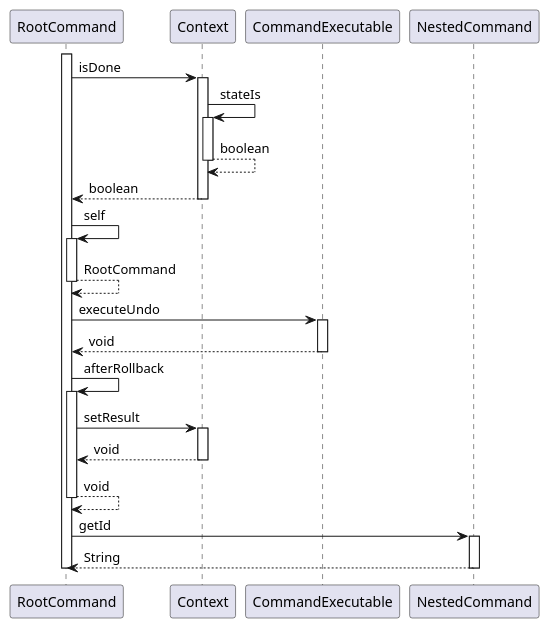
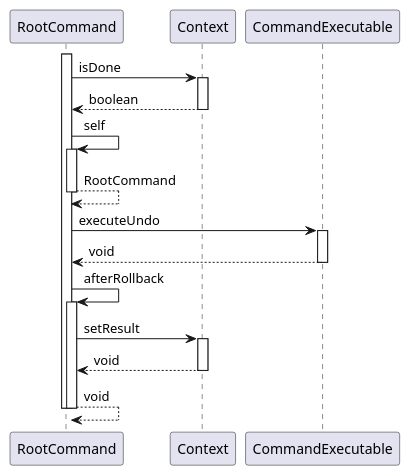
One commit to OlegSopilnyak/school-demo changed the diagram in business-logic/documentation/puml/sequence-diagrams/RootCommand.undoCommand.puml. Above: the diagram before and after it, drawn with PlantUML. The commit also changed 29 other files, not shown here.

```diff
--- a/business-logic/documentation/puml/sequence-diagrams/RootCommand.undoCommand.puml
+++ b/business-logic/documentation/puml/sequence-diagrams/RootCommand.undoCommand.puml
@@ -3,39 +3,30 @@
 @startuml
 
 participant RootCommand
 participant Context
 participant CommandExecutable
-participant NestedCommand
 
 activate RootCommand
 	RootCommand -> Context : isDone
 	activate Context
-		Context -> Context : stateIs
-		activate Context
-			Context --> Context : boolean
-		deactivate Context
 		Context --> RootCommand : boolean
 	deactivate Context
 	RootCommand -> RootCommand : self
 	activate RootCommand
 		RootCommand --> RootCommand : RootCommand
 	deactivate RootCommand
 	RootCommand -> CommandExecutable : executeUndo
 	activate CommandExecutable
 		CommandExecutable --> RootCommand : void
 	deactivate CommandExecutable
 	RootCommand -> RootCommand : afterRollback
 	activate RootCommand
 		RootCommand -> Context : setResult
 		activate Context
 			Context --> RootCommand : void
 		deactivate Context
 		RootCommand --> RootCommand : void
 	deactivate RootCommand
-	RootCommand -> NestedCommand : getId
-	activate NestedCommand
-		NestedCommand --> RootCommand : String
-	deactivate NestedCommand
 deactivate RootCommand
 
 @enduml
```
